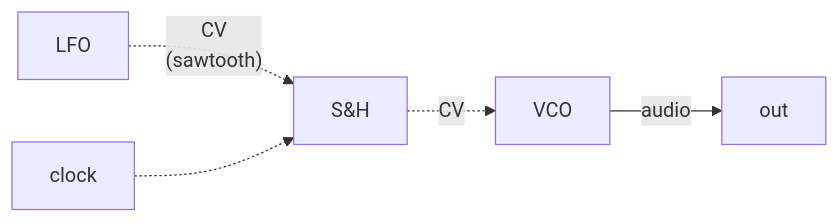
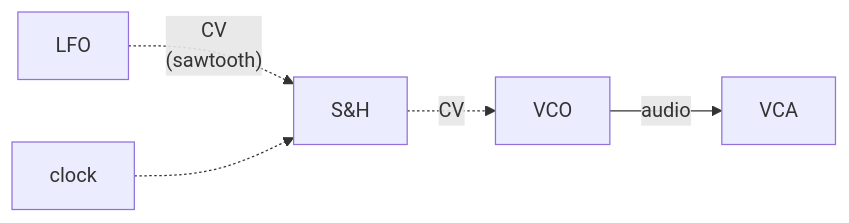
One commit to parasaurolophus/rader.us changed the sixth of 7 diagrams in music/algorithmic_musical_composition/algorithmic_musical_composition.md. Above: the diagram before and after it, drawn with Mermaid. The commit also changed other lines of this file, not shown here.

````diff
--- a/music/algorithmic_musical_composition/algorithmic_musical_composition.md
+++ b/music/algorithmic_musical_composition/algorithmic_musical_composition.md
@@ -501,10 +575,10 @@
 ```mermaid
 graph LR
 
     sh["S&H"]
 
     LFO -.->|"CV<br>(sawtooth)"| sh
     clock -.-> sh
     sh -.->|"CV"| VCO
-    VCO -->|audio| out
+    VCO -->|audio| VCA
 ```
````
